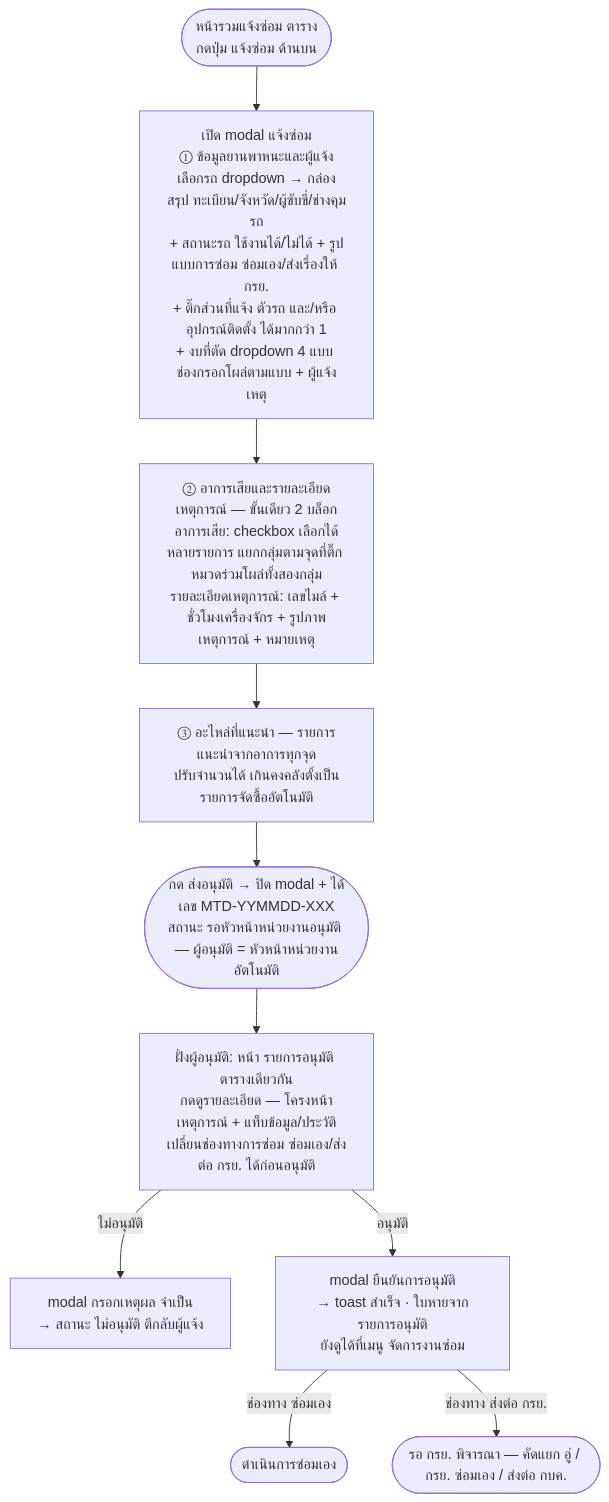
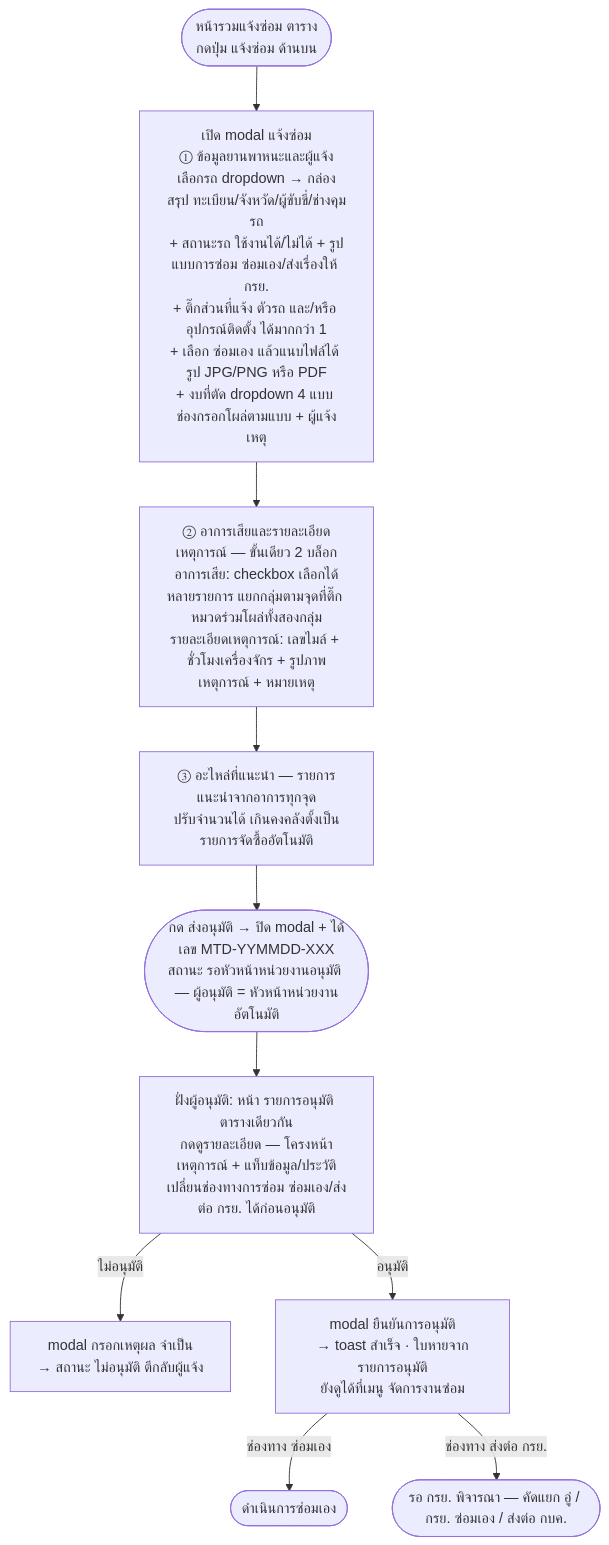
One commit to anugmail/Maintenance-Request-Form changed the diagram in Diagram/02-แจ้งซ่อม-กบค/02-ฟอร์มแจ้งซ่อม.md. Above: the diagram before and after it, drawn with Mermaid. The commit also changed other lines of this file and 3 other files, not shown here.

First line of the commit message:
แจ้งซ่อม: เลือก "ซ่อมเอง" แล้วแนบไฟล์ได้ (รูป JPG/PNG หรือ PDF)

````diff
--- a/Diagram/02-แจ้งซ่อม-กบค/02-ฟอร์มแจ้งซ่อม.md
+++ b/Diagram/02-แจ้งซ่อม-กบค/02-ฟอร์มแจ้งซ่อม.md
@@ -20,12 +25,12 @@
 ```mermaid
 flowchart TD
-    A([หน้ารวมแจ้งซ่อม ตาราง<br/>กดปุ่ม แจ้งซ่อม ด้านบน]) --> B[เปิด modal แจ้งซ่อม<br/>① ข้อมูลยานพาหนะและผู้แจ้ง<br/>เลือกรถ dropdown → กล่องสรุป ทะเบียน/จังหวัด/ผู้ขับขี่/ช่างคุมรถ<br/>+ สถานะรถ ใช้งานได้/ไม่ได้ + รูปแบบการซ่อม ซ่อมเอง/ส่งเรื่องให้ กรย.<br/>+ ติ๊กส่วนที่แจ้ง ตัวรถ และ/หรือ อุปกรณ์ติดตั้ง ได้มากกว่า 1<br/>+ งบที่ตัด dropdown 4 แบบ ช่องกรอกโผล่ตามแบบ + ผู้แจ้งเหตุ]
+    A([หน้ารวมแจ้งซ่อม ตาราง<br/>กดปุ่ม แจ้งซ่อม ด้านบน]) --> B[เปิด modal แจ้งซ่อม<br/>① ข้อมูลยานพาหนะและผู้แจ้ง<br/>เลือกรถ dropdown → กล่องสรุป ทะเบียน/จังหวัด/ผู้ขับขี่/ช่างคุมรถ<br/>+ สถานะรถ ใช้งานได้/ไม่ได้ + รูปแบบการซ่อม ซ่อมเอง/ส่งเรื่องให้ กรย.<br/>+ ติ๊กส่วนที่แจ้ง ตัวรถ และ/หรือ อุปกรณ์ติดตั้ง ได้มากกว่า 1<br/>+ เลือก ซ่อมเอง แล้วแนบไฟล์ได้ รูป JPG/PNG หรือ PDF<br/>+ งบที่ตัด dropdown 4 แบบ ช่องกรอกโผล่ตามแบบ + ผู้แจ้งเหตุ]
     B --> C[② อาการเสียและรายละเอียดเหตุการณ์ — ขั้นเดียว 2 บล็อก<br/>อาการเสีย: checkbox เลือกได้หลายรายการ แยกกลุ่มตามจุดที่ติ๊ก หมวดร่วมโผล่ทั้งสองกลุ่ม<br/>รายละเอียดเหตุการณ์: เลขไมล์ + ชั่วโมงเครื่องจักร + รูปภาพเหตุการณ์ + หมายเหตุ]
     C --> E[③ อะไหล่ที่แนะนำ — รายการแนะนำจากอาการทุกจุด<br/>ปรับจำนวนได้ เกินคงคลังตั้งเป็นรายการจัดซื้ออัตโนมัติ]
     E --> F([กด ส่งอนุมัติ → ปิด modal + ได้เลข MTD-YYMMDD-XXX<br/>สถานะ รอหัวหน้าหน่วยงานอนุมัติ — ผู้อนุมัติ = หัวหน้าหน่วยงานอัตโนมัติ])
     F --> G[ฝั่งผู้อนุมัติ: หน้า รายการอนุมัติ ตารางเดียวกัน<br/>กดดูรายละเอียด — โครงหน้าเหตุการณ์ + แท็บข้อมูล/ประวัติ<br/>เปลี่ยนช่องทางการซ่อม ซ่อมเอง/ส่งต่อ กรย. ได้ก่อนอนุมัติ]
     G -- ไม่อนุมัติ --> H[modal กรอกเหตุผล จำเป็น<br/>→ สถานะ ไม่อนุมัติ ตีกลับผู้แจ้ง]
     G -- อนุมัติ --> I[modal ยืนยันการอนุมัติ<br/>→ toast สำเร็จ · ใบหายจากรายการอนุมัติ<br/>ยังดูได้ที่เมนู จัดการงานซ่อม]
     I -- ช่องทาง ซ่อมเอง --> J([ดำเนินการซ่อมเอง])
     I -- ช่องทาง ส่งต่อ กรย. --> K([รอ กรย. พิจารณา — คัดแยก อู่ / กรย. ซ่อมเอง / ส่งต่อ กบค.])
 ```
````
